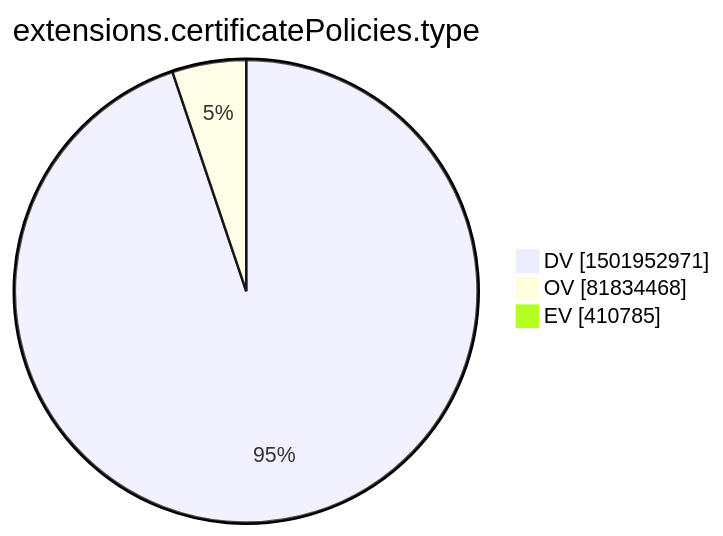
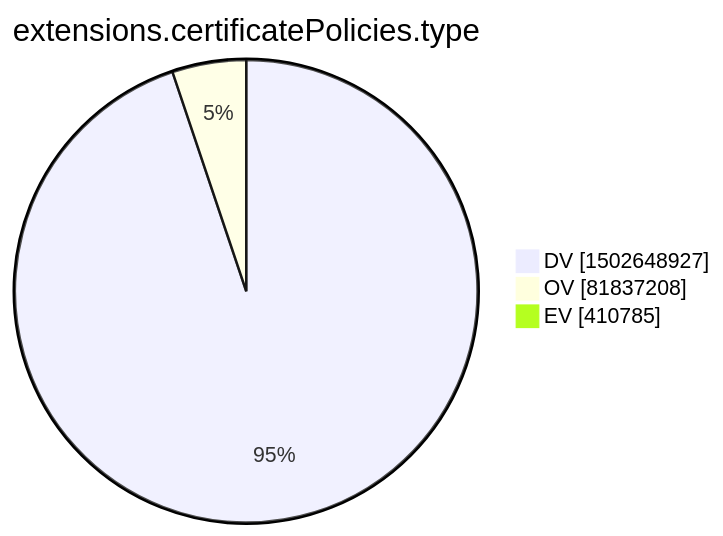
One commit to christiankrug/ctmonitor_visualization changed the tenth of 15 diagrams in xenon2022/README.md. Above: the diagram before and after it, drawn with Mermaid. The commit also changed other lines of this file, not shown here.

````diff
--- a/xenon2022/README.md
+++ b/xenon2022/README.md
@@ -2874,7 +2874,7 @@
 ```mermaid
 pie showData
 title extensions.certificatePolicies.type
-"DV" :1501952971
-"OV" :81834468
+"DV" :1502648927
+"OV" :81837208
 "EV" :410785
 ```
````
